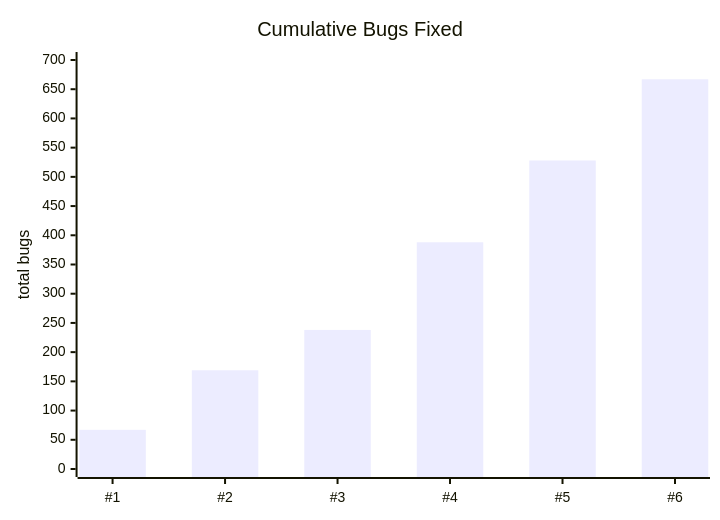
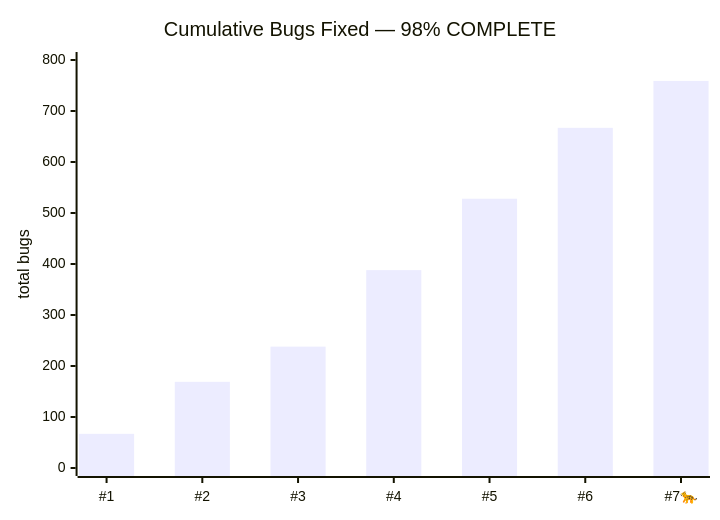
Before and after one commit to SimHacker/tmnn7-8: the third of 3 diagrams in analysis/activity/INDEX.md, drawn with Mermaid. The commit also changed other lines of this file and 3 other files, not shown here.

````diff
--- a/analysis/activity/INDEX.md
+++ b/analysis/activity/INDEX.md
@@ -174,7 +180,7 @@
 ```mermaid
 xychart-beta
-    title "Cumulative Bugs Fixed"
-    x-axis ["#1", "#2", "#3", "#4", "#5", "#6"]
-    y-axis "total bugs" 0 --> 700
-    bar [67, 169, 238, 388, 528, 667]
+    title "Cumulative Bugs Fixed — 98% COMPLETE"
+    x-axis ["#1", "#2", "#3", "#4", "#5", "#6", "#7🐆"]
+    y-axis "total bugs" 0 --> 800
+    bar [67, 169, 238, 388, 528, 667, 759]
 ```
````
